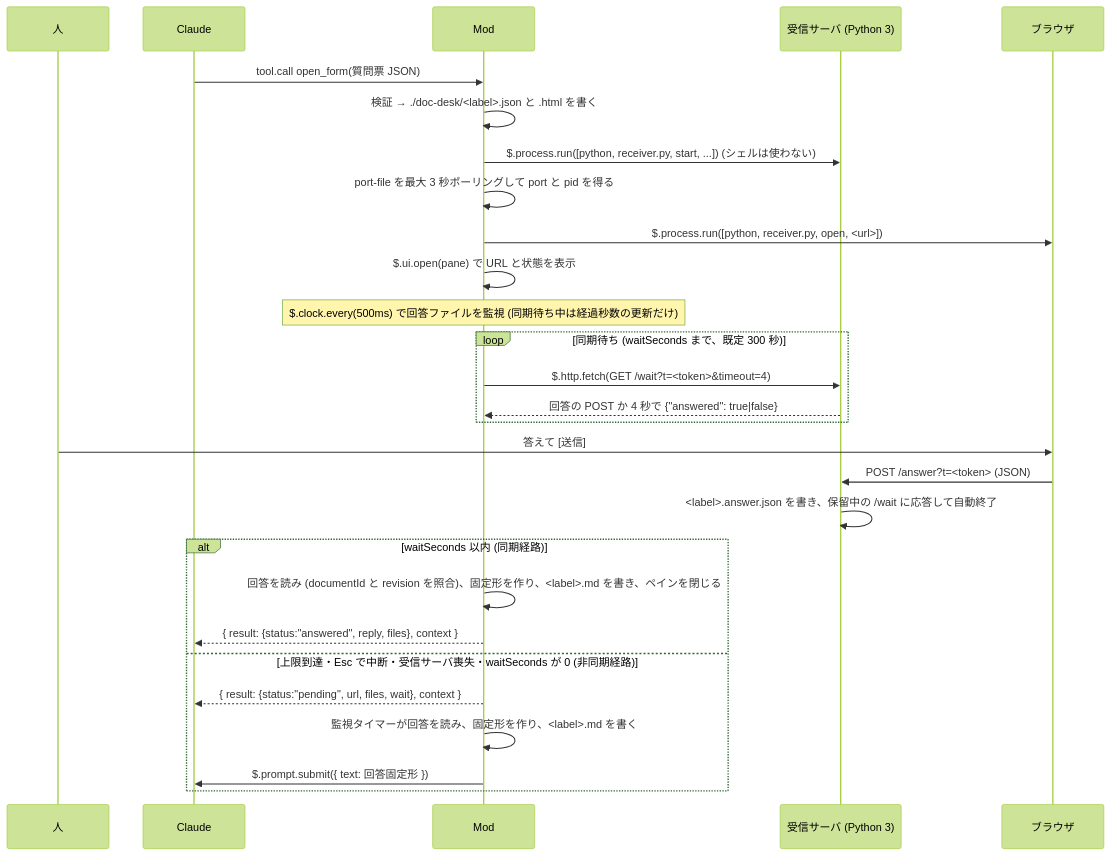
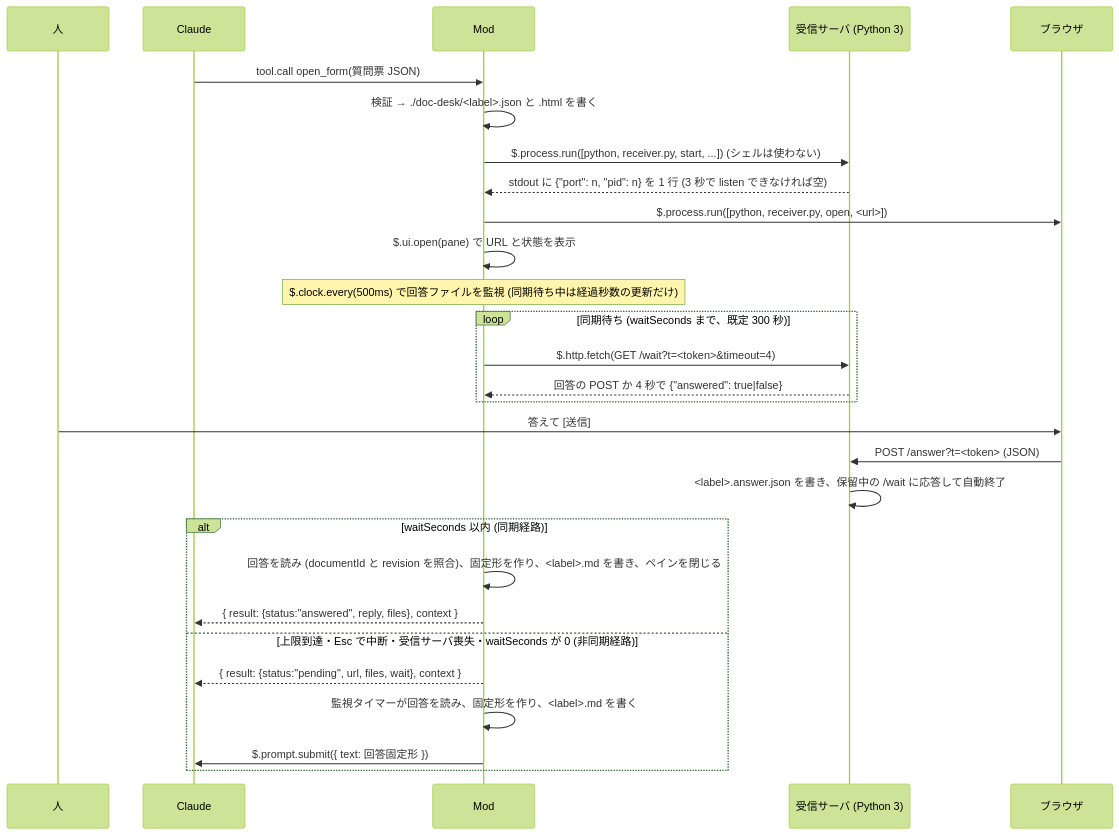
Before and after one commit to masahide/agent-kit: the diagram in plugins/doc-desk/README.md, drawn with Mermaid (forest theme). The commit also changed other lines of this file and 11 other files, not shown here.

First line of the commit message:
feat(doc-desk): 受信サーバの port を stdout で受け取り、port-file をやめる

````diff
--- a/plugins/doc-desk/README.md
+++ b/plugins/doc-desk/README.md
@@ -28,30 +28,30 @@
 ```mermaid
 sequenceDiagram
     participant U as 人
     participant C as Claude
     participant M as Mod
     participant R as 受信サーバ (Python 3)
     participant B as ブラウザ
     C->>M: tool.call open_form(質問票 JSON)
     M->>M: 検証 → ./doc-desk/<label>.json と .html を書く
     M->>R: $.process.run([python, receiver.py, start, ...]) (シェルは使わない)
-    M->>M: port-file を最大 3 秒ポーリングして port と pid を得る
+    R-->>M: stdout に {"port": n, "pid": n} を 1 行 (3 秒で listen できなければ空)
     M->>B: $.process.run([python, receiver.py, open, <url>])
     M->>M: $.ui.open(pane) で URL と状態を表示
     Note over M: $.clock.every(500ms) で回答ファイルを監視 (同期待ち中は経過秒数の更新だけ)
     loop 同期待ち (waitSeconds まで、既定 300 秒)
         M->>R: $.http.fetch(GET /wait?t=<token>&timeout=4)
         R-->>M: 回答の POST か 4 秒で {"answered": true|false}
     end
     U->>B: 答えて [送信]
     B->>R: POST /answer?t=<token> (JSON)
     R->>R: <label>.answer.json を書き、保留中の /wait に応答して自動終了
     alt waitSeconds 以内 (同期経路)
         M->>M: 回答を読み (documentId と revision を照合)、固定形を作り、<label>.md を書き、ペインを閉じる
         M-->>C: { result: {status:"answered", reply, files}, context }
     else 上限到達・Esc で中断・受信サーバ喪失・waitSeconds が 0 (非同期経路)
         M-->>C: { result: {status:"pending", url, files, wait}, context }
         M->>M: 監視タイマーが回答を読み、固定形を作り、<label>.md を書く
         M->>C: $.prompt.submit({ text: 回答固定形 })
     end
 ```
````
